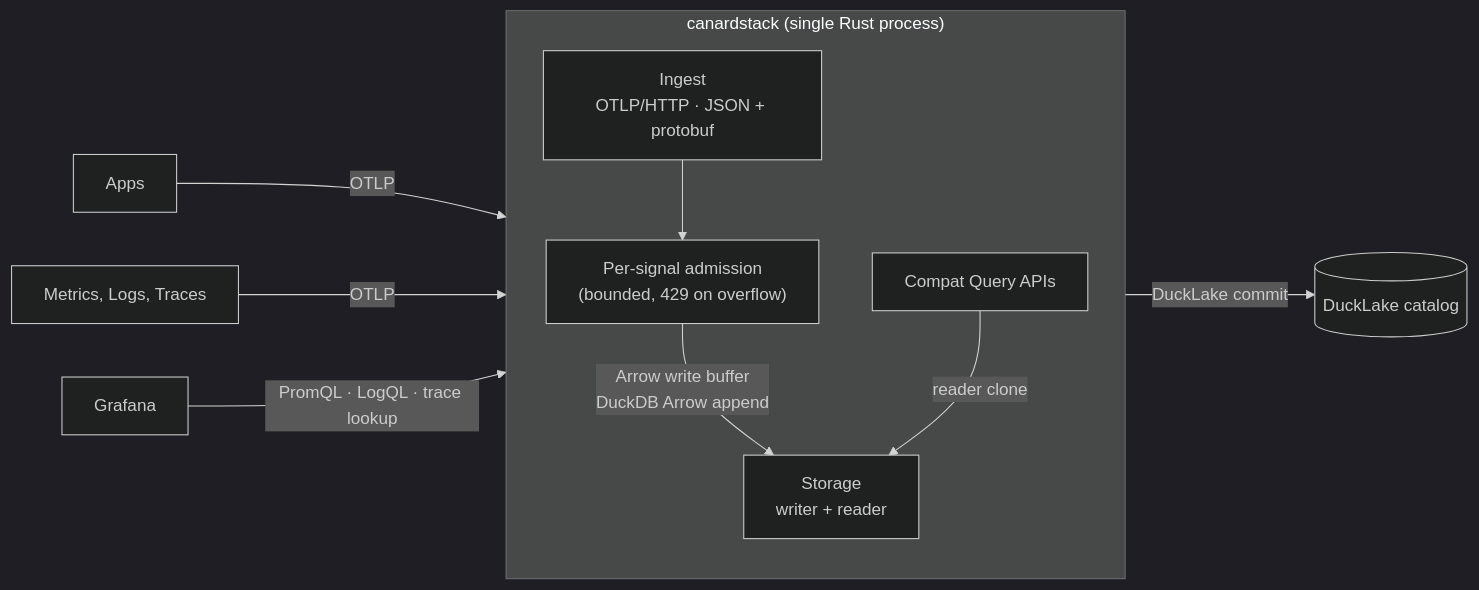
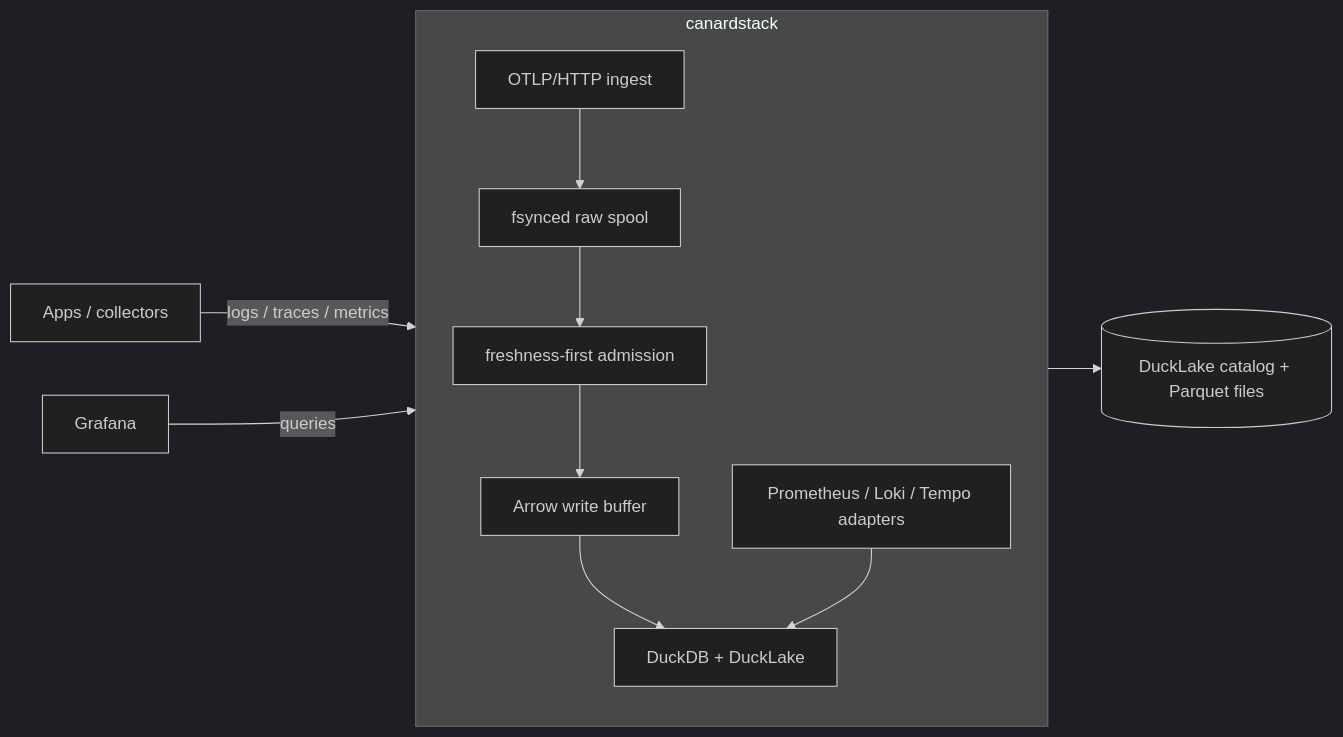
The diagram in README.md (smithclay/canardstack), drawn with Mermaid (dark theme) before and after one commit. The commit also changed other lines of this file, not shown here.

````diff
--- a/README.md
+++ b/README.md
@@ -157,22 +192,25 @@
 ```mermaid
 flowchart LR
-    Collector["Metrics, Logs, Traces"]
+    Apps["Apps / collectors"]
     Grafana["Grafana"]
 
-    subgraph Canardstack["canardstack (single Rust process)"]
+    subgraph Canardstack["canardstack"]
         direction TB
-        Ingest["Ingest<br/>OTLP/HTTP · JSON + protobuf"]
-        Queues["Per-signal admission<br/>(bounded, 429 on overflow)"]
-        Storage["Storage<br/>writer + reader"]
-        Compat["Compat Query APIs"]
-        Ingest --> Queues
-        Queues -->|Arrow write buffer<br/>DuckDB Arrow append| Storage
-        Compat -->|reader clone| Storage
+        Ingest["OTLP/HTTP ingest"]
+        Spool["fsynced raw spool"]
+        Admission["freshness-first admission"]
+        Buffer["Arrow write buffer"]
+        Storage["DuckDB + DuckLake"]
+        Compat["Prometheus / Loki / Tempo adapters"]
+
+        Ingest --> Spool
+        Spool --> Admission
+        Admission --> Buffer
+        Buffer --> Storage
+        Compat --> Storage
     end
 
-    Apps -->|OTLP| Ingest
-    Collector -->|OTLP| Ingest
-    Grafana -->|PromQL · LogQL · trace lookup| Compat
-
-    Storage -->|DuckLake commit| Lake[("DuckLake catalog<br/>")]
+    Apps -->|logs / traces / metrics| Ingest
+    Grafana -->|queries| Compat
+    Storage --> Lake[("DuckLake catalog + Parquet files")]
 ```
````
